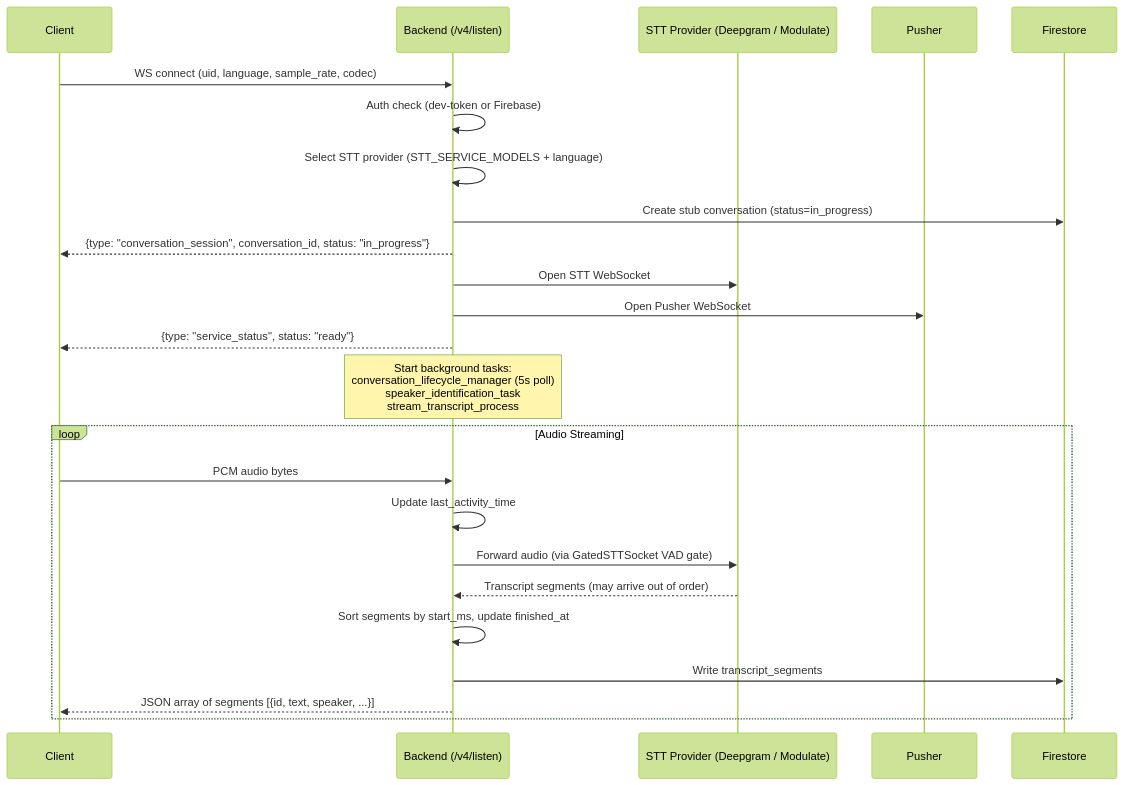
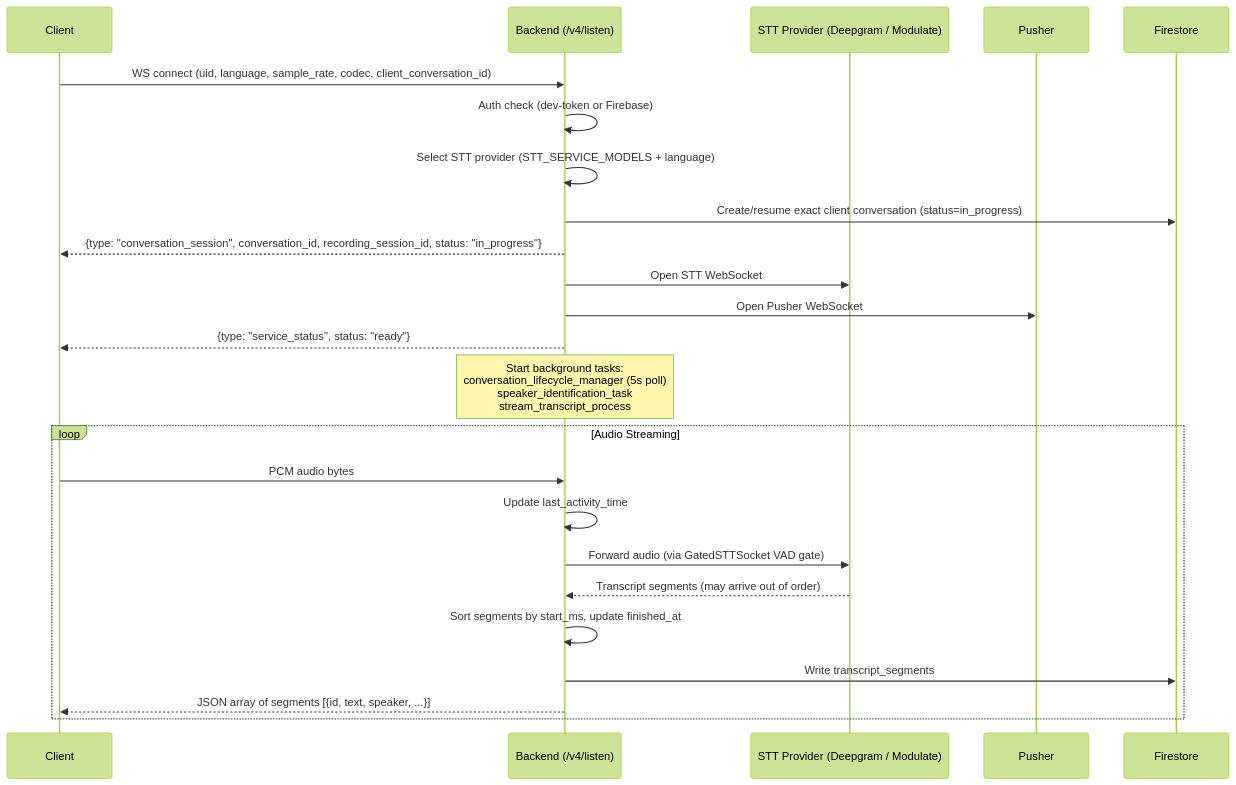
One commit to BasedHardware/omi changed the first of 6 diagrams in docs/doc/developer/backend/listen_pusher_pipeline.mdx. Above: the diagram before and after it, drawn with Mermaid (forest theme). The commit also changed other lines of this file and 10 other files, not shown here.

````diff
--- a/docs/doc/developer/backend/listen_pusher_pipeline.mdx
+++ b/docs/doc/developer/backend/listen_pusher_pipeline.mdx
@@ -40,29 +53,29 @@
 ```mermaid
 sequenceDiagram
     participant Client
     participant Backend as Backend (/v4/listen)
     participant STT as STT Provider (Deepgram / Modulate)
     participant Pusher
     participant Firestore
 
-    Client->>Backend: WS connect (uid, language, sample_rate, codec)
+    Client->>Backend: WS connect (uid, language, sample_rate, codec, client_conversation_id)
     Backend->>Backend: Auth check (dev-token or Firebase)
     Backend->>Backend: Select STT provider (STT_SERVICE_MODELS + language)
-    Backend->>Firestore: Create stub conversation (status=in_progress)
-    Backend-->>Client: {type: "conversation_session", conversation_id, status: "in_progress"}
+    Backend->>Firestore: Create/resume exact client conversation (status=in_progress)
+    Backend-->>Client: {type: "conversation_session", conversation_id, recording_session_id, status: "in_progress"}
     Backend->>STT: Open STT WebSocket
     Backend->>Pusher: Open Pusher WebSocket
     Backend-->>Client: {type: "service_status", status: "ready"}
 
     Note over Backend: Start background tasks:<br/>conversation_lifecycle_manager (5s poll)<br/>speaker_identification_task<br/>stream_transcript_process
 
     loop Audio Streaming
         Client->>Backend: PCM audio bytes
         Backend->>Backend: Update last_activity_time
         Backend->>STT: Forward audio (via GatedSTTSocket VAD gate)
         STT-->>Backend: Transcript segments (may arrive out of order)
         Backend->>Backend: Sort segments by start_ms, update finished_at
         Backend->>Firestore: Write transcript_segments
         Backend-->>Client: JSON array of segments [{id, text, speaker, ...}]
     end
 ```
````
